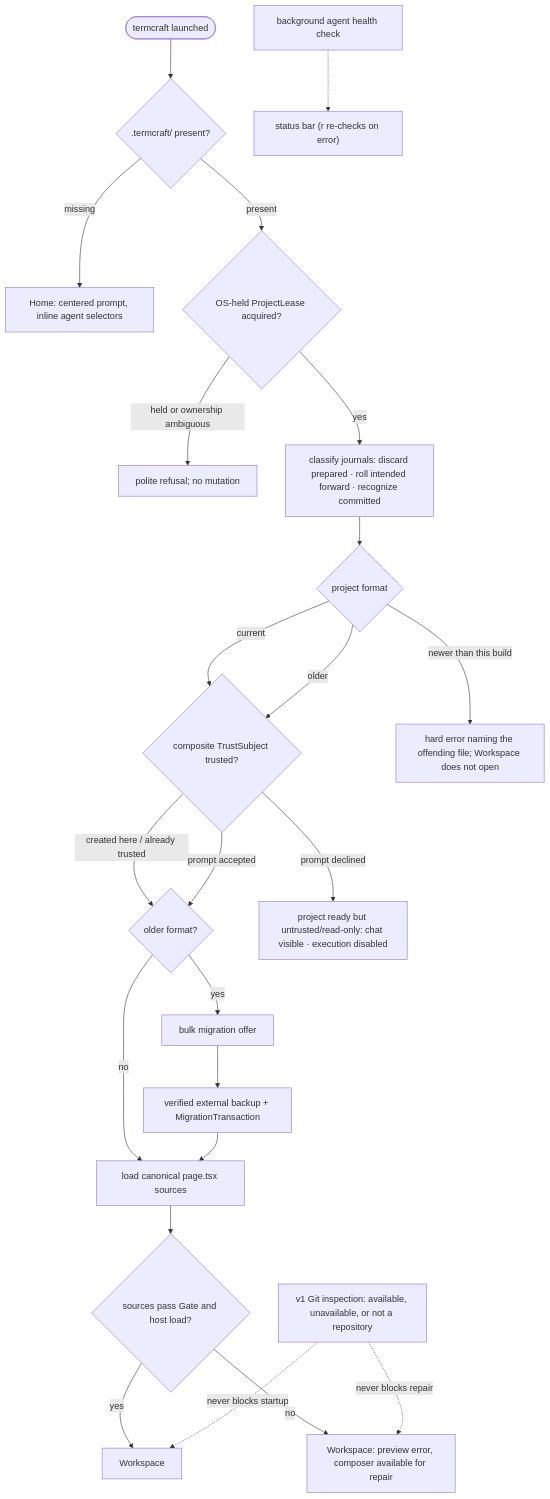
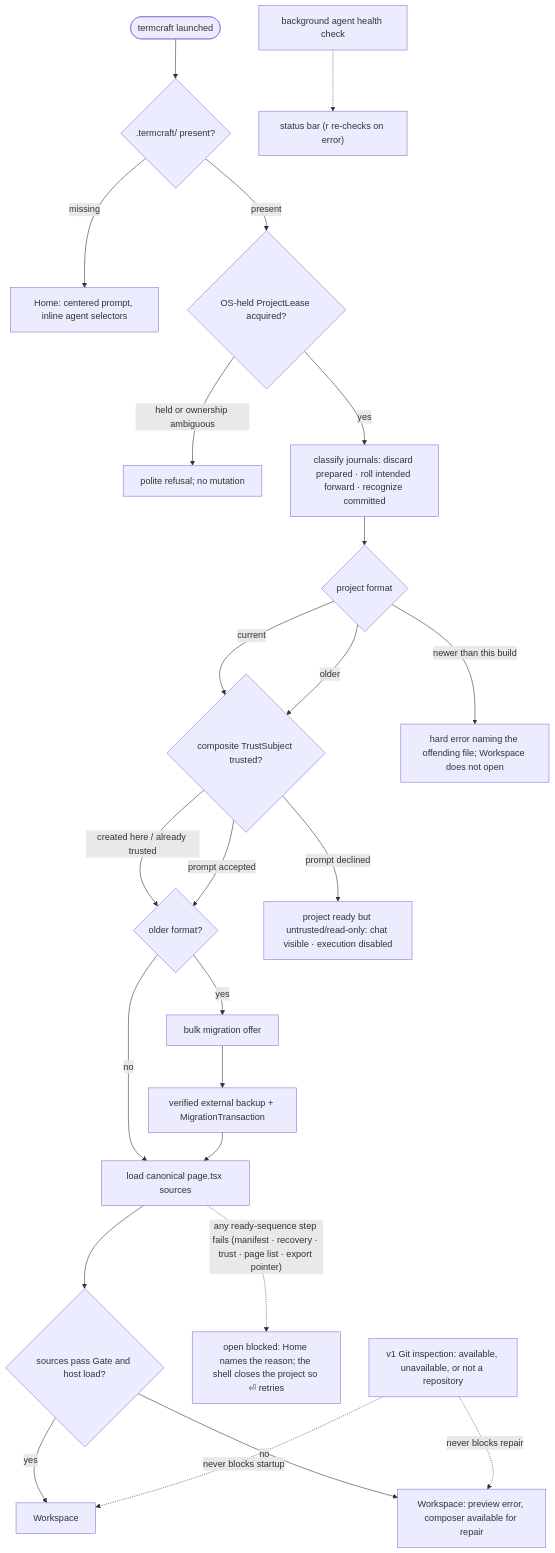
Before and after one commit to khmilevoi/termcraft: the first of 2 diagrams in docs/architecture/flows/launch.md, drawn with Mermaid. The commit also changed other lines of this file and 89 other files, not shown here.

````diff
--- a/docs/architecture/flows/launch.md
+++ b/docs/architecture/flows/launch.md
@@ -3,22 +3,23 @@
 ```mermaid
 flowchart TD
     start(["termcraft launched"]) --> findq{".termcraft/ present?"}
     findq -- "missing" --> home["Home: centered prompt, inline agent selectors"]
     findq -- "present" --> lockq{"OS-held ProjectLease acquired?"}
     lockq -- "held or ownership ambiguous" --> refuse["polite refusal; no mutation"]
     lockq -- "yes" --> recover["classify journals: discard prepared · roll intended forward · recognize committed"] --> formatq{"project format"}
     formatq -- "current" --> trustq{"composite TrustSubject trusted?"}
     formatq -- "older" --> trustq
     formatq -- "newer than this build" --> toonew["hard error naming the offending file; Workspace does not open"]
     trustq -- "created here / already trusted" --> posttrust{"older format?"}
     trustq -- "prompt accepted" --> posttrust
     trustq -- "prompt declined" --> untrusted["project ready but untrusted/read-only: chat visible · execution disabled"]
     posttrust -- "no" --> load["load canonical page.tsx sources"]
     posttrust -- "yes" --> offer["bulk migration offer"] --> migrate["verified external backup + MigrationTransaction"] --> load
     load --> sourceq{"sources pass Gate and host load?"}
     sourceq -- "yes" --> ws["Workspace"]
     sourceq -- "no" --> broken["Workspace: preview error, composer available for repair"]
+    load -. "any ready-sequence step fails (manifest · recovery · trust · page list · export pointer)" .-> blocked["open blocked: Home names the reason; the shell closes the project so ⏎ retries"]
     gitstate["v1 Git inspection: available, unavailable, or not a repository"] -. "never blocks startup" .-> ws
     gitstate -. "never blocks repair" .-> broken
     health["background agent health check"] -.-> bar["status bar (r re-checks on error)"]
 ```
````
